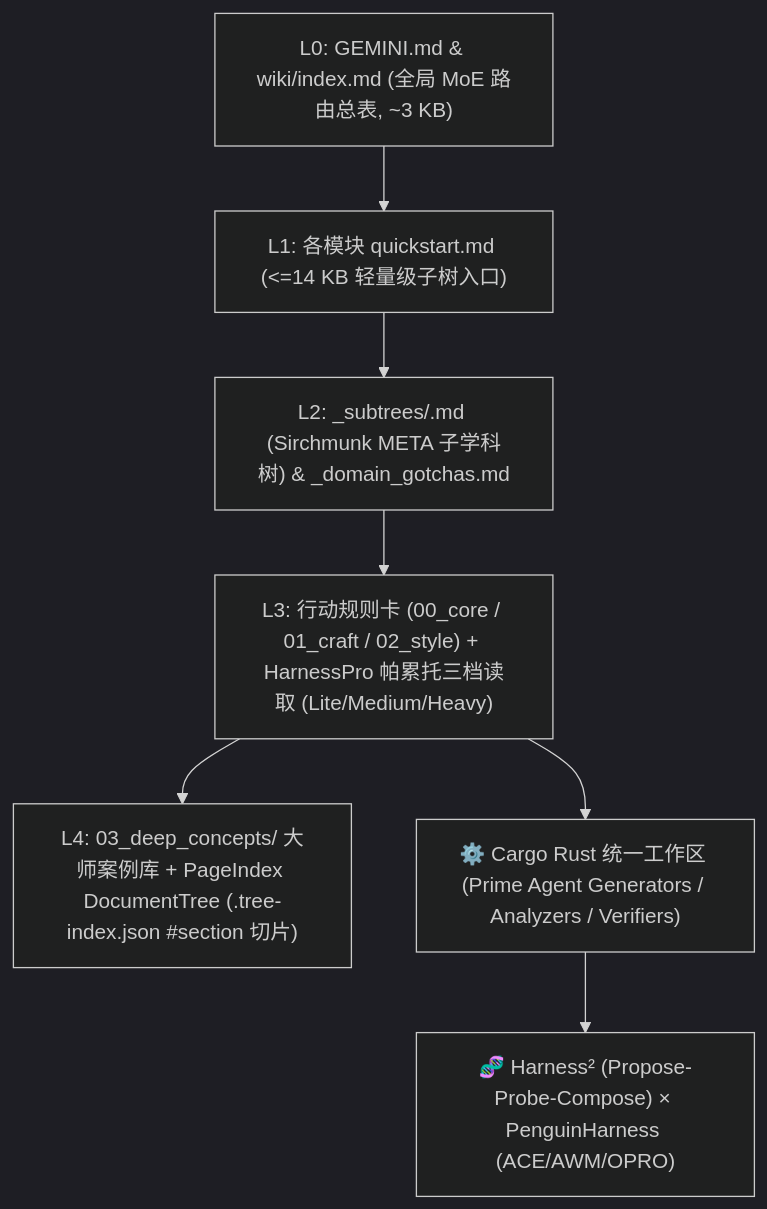
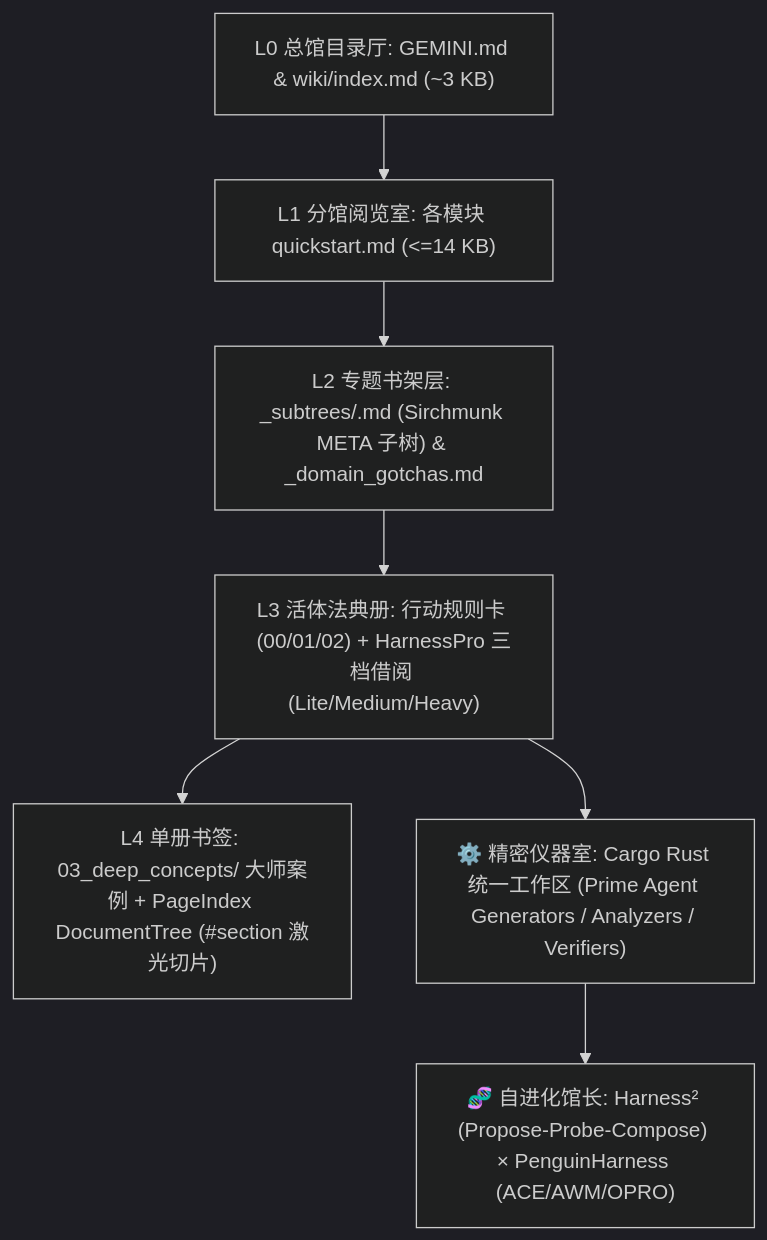
The diagram in README.md (ShabbyWhineYear/AgentStacks), drawn with Mermaid (dark theme) before and after one commit. The commit also changed other lines of this file and 6 other files, not shown here.

````diff
--- a/README.md
+++ b/README.md
@@ -28,9 +44,9 @@
 ```mermaid
 flowchart TD
-    L0["L0: GEMINI.md & wiki/index.md (全局 MoE 路由总表, ~3 KB)"] --> L1["L1: 各模块 quickstart.md (<=14 KB 轻量级子树入口)"]
-    L1 --> L2["L2: _subtrees/<slug>.md (Sirchmunk META 子学科树) & _domain_gotchas.md"]
-    L2 --> L3["L3: 行动规则卡 (00_core / 01_craft / 02_style) + HarnessPro 帕累托三档读取 (Lite/Medium/Heavy)"]
-    L3 --> L4["L4: 03_deep_concepts/ 大师案例库 + PageIndex DocumentTree (.tree-index.json #section 切片)"]
-    L3 --> RS["⚙️ Cargo Rust 统一工作区 (Prime Agent Generators / Analyzers / Verifiers)"]
-    RS --> RSI["🧬 Harness² (Propose-Probe-Compose) × PenguinHarness (ACE/AWM/OPRO)"]
+    L0["L0 总馆目录厅: GEMINI.md & wiki/index.md (~3 KB)"] --> L1["L1 分馆阅览室: 各模块 quickstart.md (<=14 KB)"]
+    L1 --> L2["L2 专题书架层: _subtrees/<slug>.md (Sirchmunk META 子树) & _domain_gotchas.md"]
+    L2 --> L3["L3 活体法典册: 行动规则卡 (00/01/02) + HarnessPro 三档借阅 (Lite/Medium/Heavy)"]
+    L3 --> L4["L4 单册书签: 03_deep_concepts/ 大师案例 + PageIndex DocumentTree (#section 激光切片)"]
+    L3 --> RS["⚙️ 精密仪器室: Cargo Rust 统一工作区 (Prime Agent Generators / Analyzers / Verifiers)"]
+    RS --> RSI["🧬 自进化馆长: Harness² (Propose-Probe-Compose) × PenguinHarness (ACE/AWM/OPRO)"]
 ```
````
